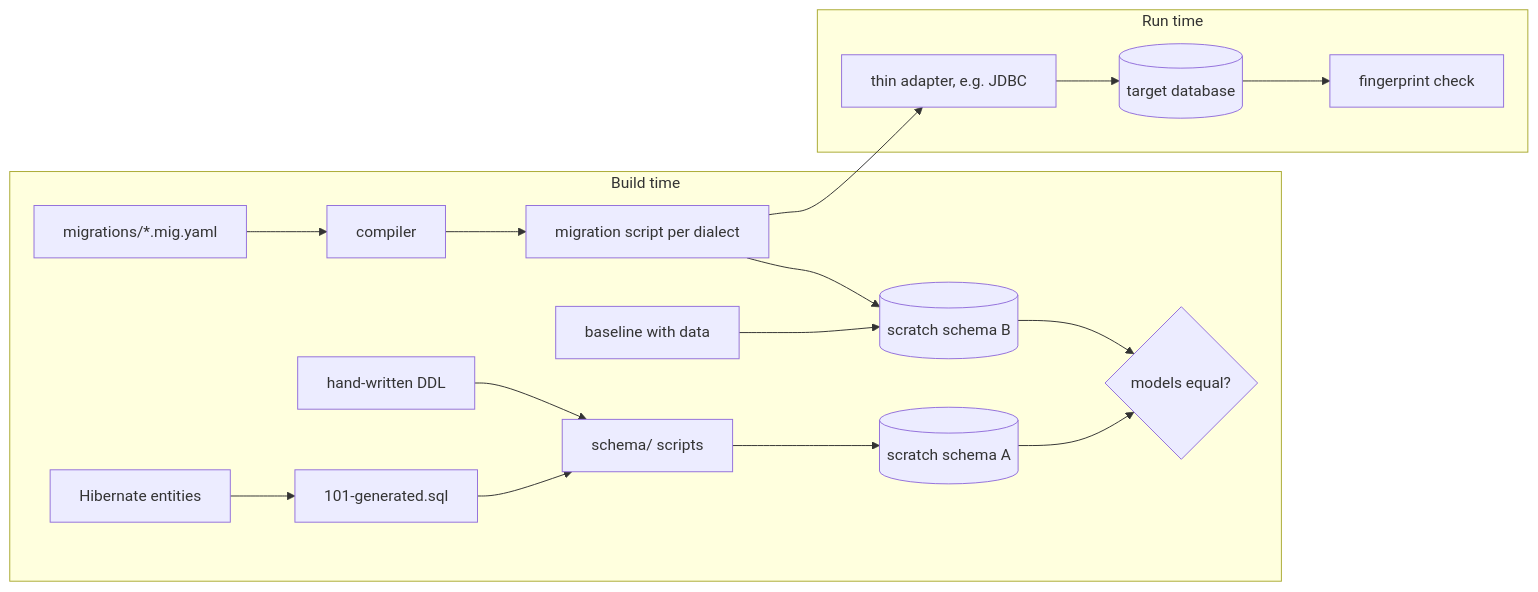
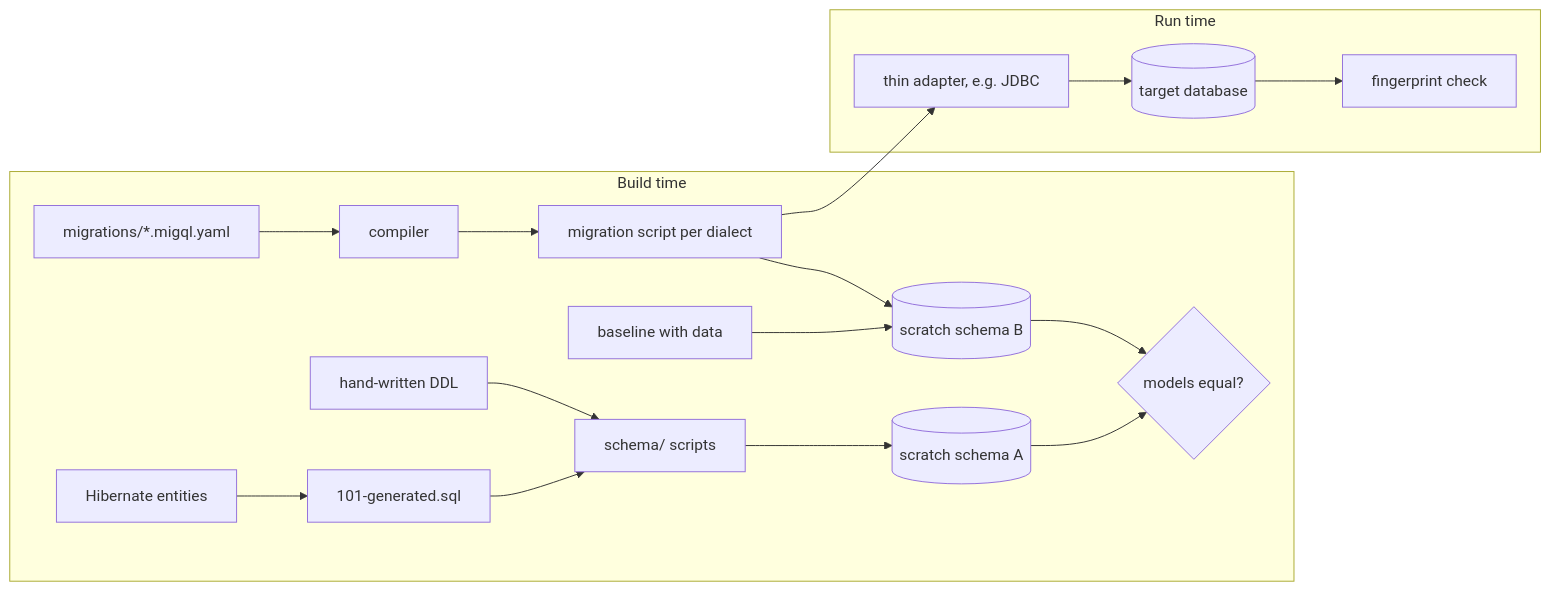
Before and after one commit to borisbrodski/migace: the diagram in MIG-Ace-vault/architecture/overview.md, drawn with Mermaid. The commit also changed other lines of this file and 53 other files, not shown here.

````diff
--- a/MIG-Ace-vault/architecture/overview.md
+++ b/MIG-Ace-vault/architecture/overview.md
@@ -31,20 +31,20 @@
 ```mermaid
 flowchart LR
   subgraph build["Build time"]
     ent["Hibernate entities"] --> gen["101-generated.sql"]
     gen --> schema["schema/ scripts"]
     hand["hand-written DDL"] --> schema
     schema --> A[("scratch schema A")]
     base["baseline with data"] --> B[("scratch schema B")]
-    snip["migrations/*.mig.yaml"] --> comp["compiler"]
+    snip["migrations/*.migql.yaml"] --> comp["compiler"]
     comp --> script["migration script per dialect"]
     script --> B
     A --> cmp{"models equal?"}
     B --> cmp
   end
   subgraph run["Run time"]
     script --> adapter["thin adapter, e.g. JDBC"]
     adapter --> db[("target database")]
     db --> fp["fingerprint check"]
   end
 ```
````
